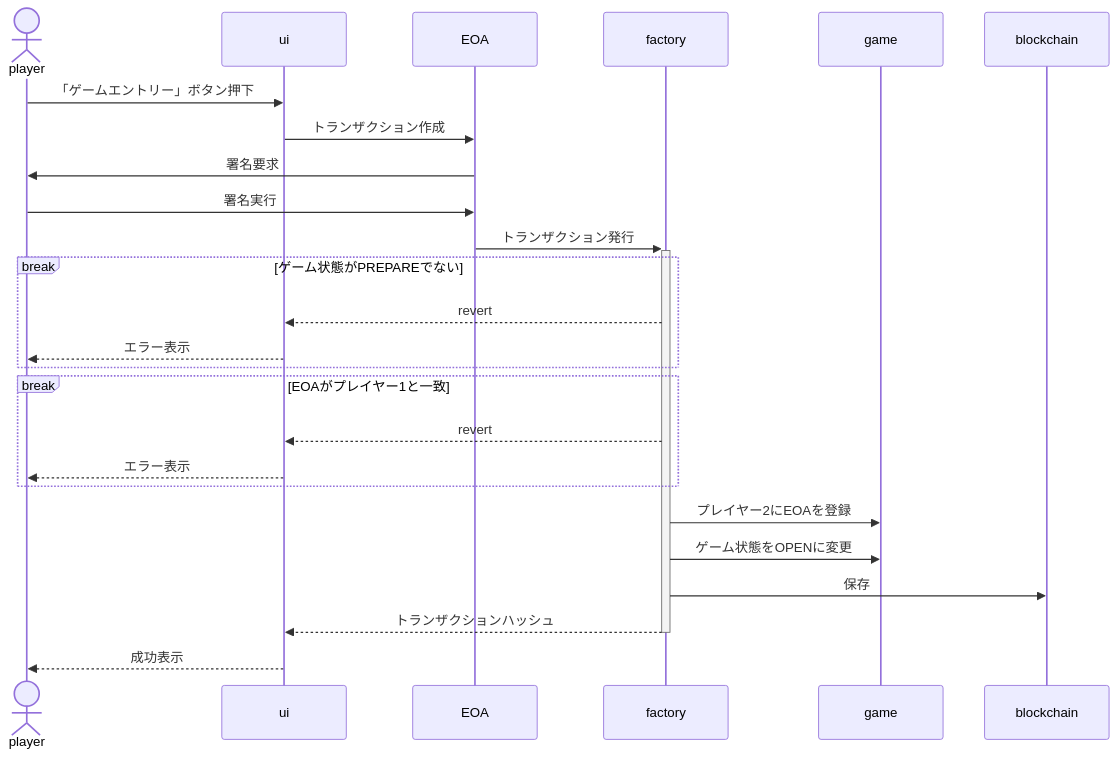
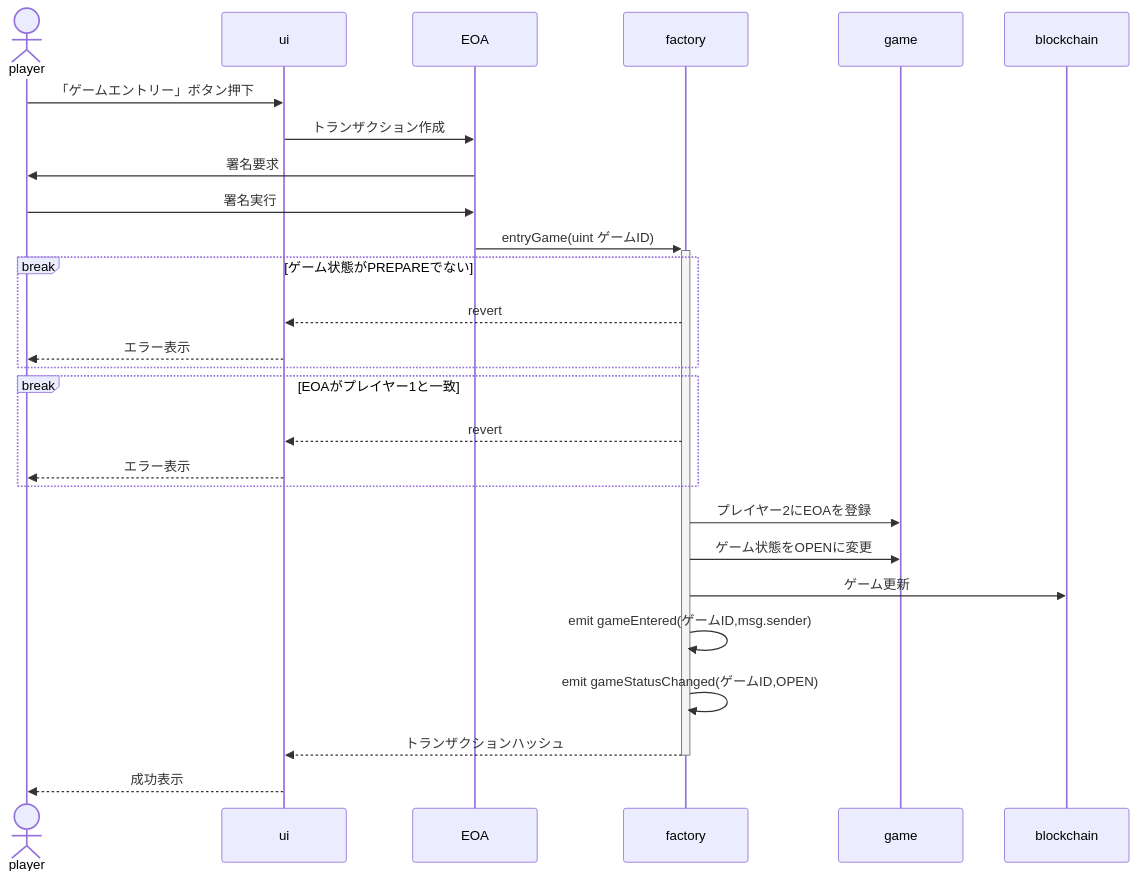
Before and after one commit to 0xHaku/preprod-gomoku: the second of 3 diagrams in doc/sequence.md, drawn with Mermaid. The commit also changed other lines of this file and 2 other files, not shown here.

````diff
--- a/doc/sequence.md
+++ b/doc/sequence.md
@@ -24,28 +28,30 @@
 ```mermaid
 sequenceDiagram
     actor player
     participant ui
     participant EOA
     participant factory
     participant game
     participant blockchain
 
     player->>ui: 「ゲームエントリー」ボタン押下
     ui->>EOA: トランザクション作成
     EOA->>player: 署名要求
     player->>EOA: 署名実行
-    EOA->>+factory: トランザクション発行
+    EOA->>+factory: entryGame(uint ゲームID)
     break ゲーム状態がPREPAREでない
         factory-->>ui: revert
         ui-->>player: エラー表示
     end
     break EOAがプレイヤー1と一致
         factory-->>ui: revert
         ui-->>player: エラー表示
     end
     factory->>game: プレイヤー2にEOAを登録
     factory->>game: ゲーム状態をOPENに変更
-    factory->>blockchain: 保存
+    factory->>blockchain: ゲーム更新
+    factory->>factory: emit gameEntered(ゲームID,msg.sender)
+    factory->>factory: emit gameStatusChanged(ゲームID,OPEN)
     factory-->>-ui: トランザクションハッシュ
     ui-->>player: 成功表示
 ```
````
